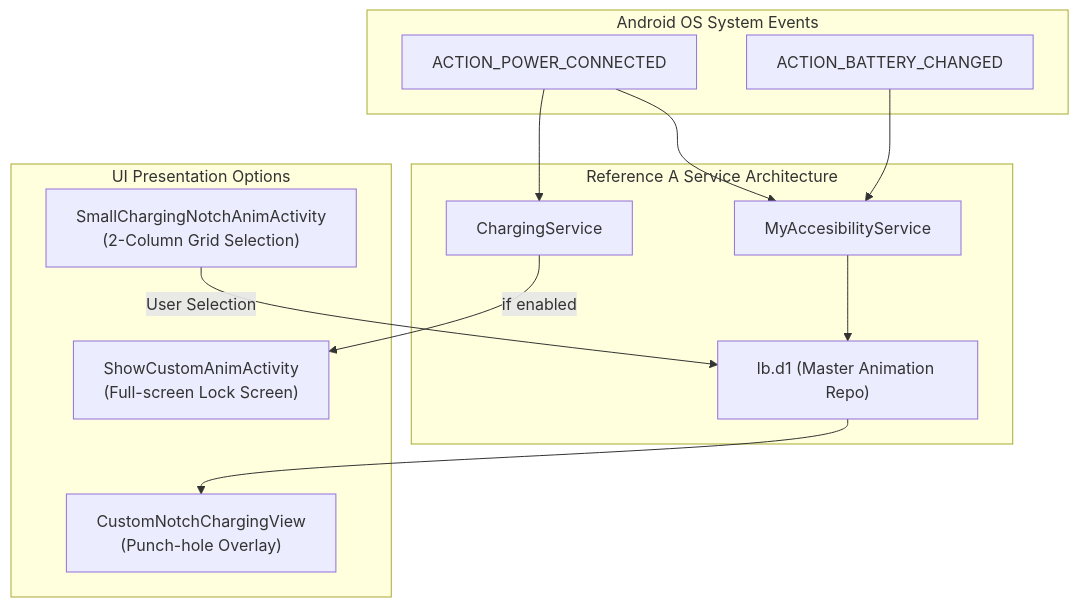
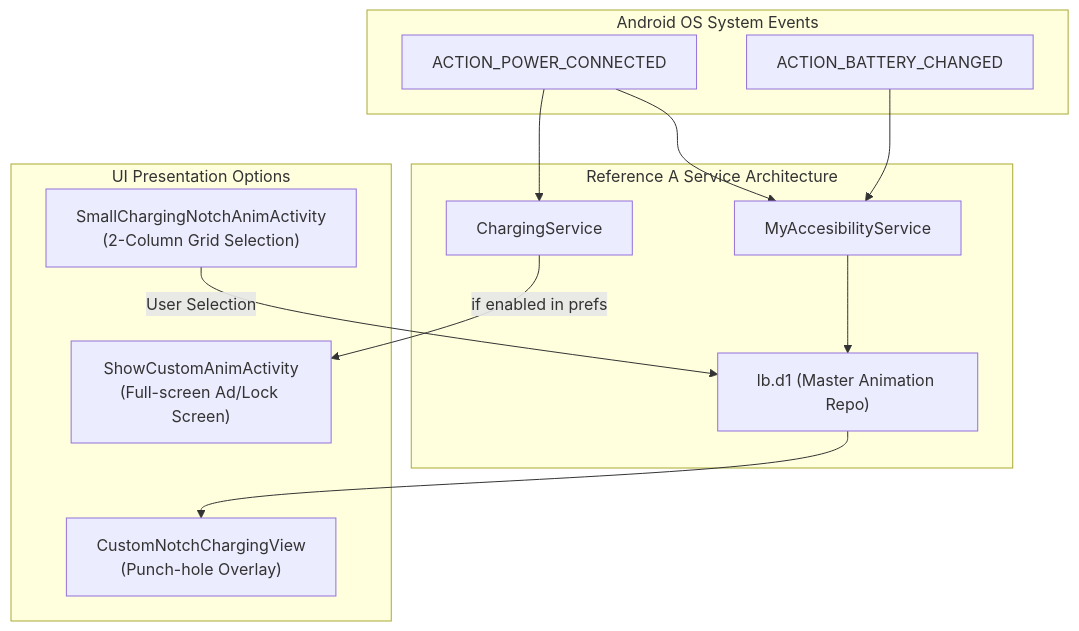
Before and after one commit to isumitjatav/dot-island: the first of 2 diagrams in docs/CHARGING_ANIMATION_REVERSE_ENGINEERING_REPORT.md, drawn with Mermaid. The commit also changed other lines of this file and 2 other files, not shown here.

Commit message:
docs: reconcile charging evidence, add exhaustive 38+24 theme mapping, classify Ref B colorways, and specify measurable performance criteria

````diff
--- a/docs/CHARGING_ANIMATION_REVERSE_ENGINEERING_REPORT.md
+++ b/docs/CHARGING_ANIMATION_REVERSE_ENGINEERING_REPORT.md
@@ -48,27 +59,27 @@
 ```mermaid
 flowchart TD
     subgraph System["Android OS System Events"]
         PowerConn["ACTION_POWER_CONNECTED"]
         BattChange["ACTION_BATTERY_CHANGED"]
     end
 
     subgraph RefA_Core["Reference A Service Architecture"]
         ChargingSvc["ChargingService"]
         AccService["MyAccesibilityService"]
         ThemeRepo["lb.d1 (Master Animation Repo)"]
     end
 
     subgraph RefA_UI["UI Presentation Options"]
-        FSActivity["ShowCustomAnimActivity\n(Full-screen Lock Screen)"]
+        FSActivity["ShowCustomAnimActivity\n(Full-screen Ad/Lock Screen)"]
         OverlayNotch["CustomNotchChargingView\n(Punch-hole Overlay)"]
         Gallery["SmallChargingNotchAnimActivity\n(2-Column Grid Selection)"]
     end
 
     PowerConn --> ChargingSvc
     PowerConn --> AccService
     BattChange --> AccService
-    ChargingSvc -->|if enabled| FSActivity
+    ChargingSvc -->|if enabled in prefs| FSActivity
     AccService --> ThemeRepo
     ThemeRepo --> OverlayNotch
     Gallery -->|User Selection| ThemeRepo
 ```
````
